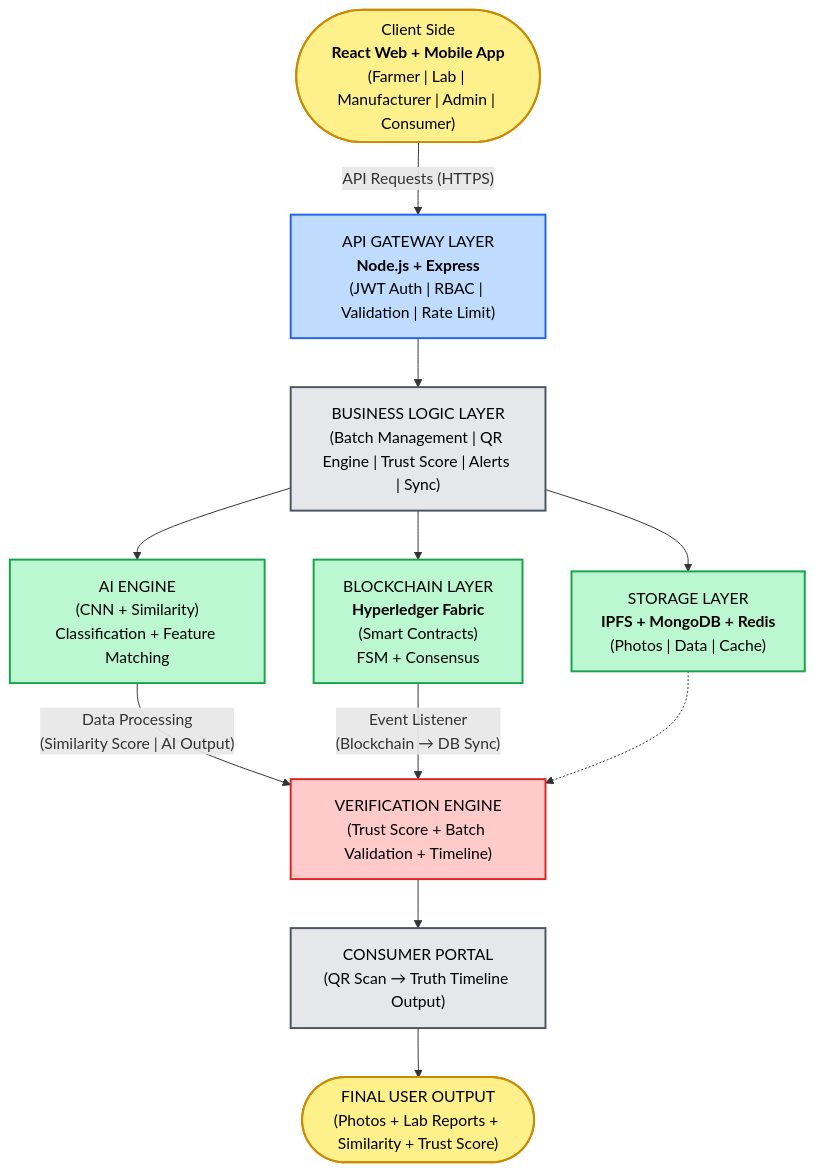
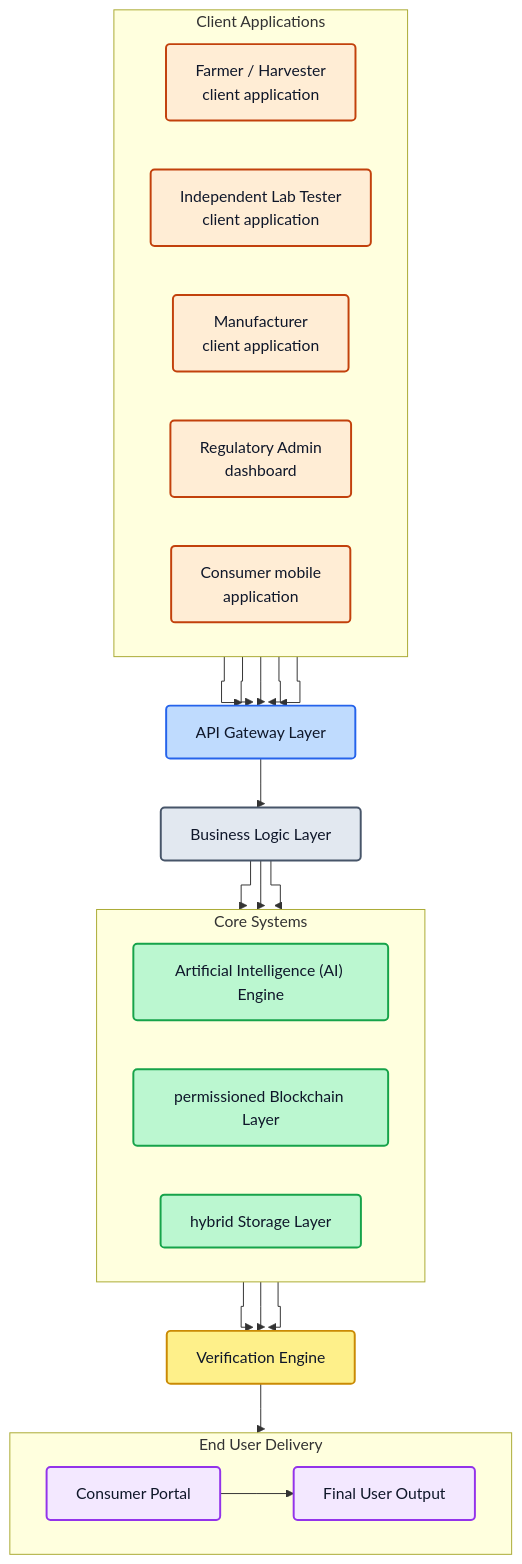
Before and after one commit to Shravanis30/BotaniLedger: the first of 3 diagrams in README.md, drawn with Mermaid.

Commit message:
docs: update system architecture block diagram

````diff
--- a/README.md
+++ b/README.md
@@ -40,43 +40,68 @@
 ```mermaid
 flowchart TD
-    %% Nodes
-    Client(["Client Side<br/><b>React Web + Mobile App</b><br/>(Farmer | Lab | Manufacturer | Admin | Consumer)"])
-    Gateway["API GATEWAY LAYER<br/><b>Node.js + Express</b><br/>(JWT Auth | RBAC | Validation | Rate Limit)"]
-    Business["BUSINESS LOGIC LAYER<br/>(Batch Management | QR Engine | Trust Score | Alerts | Sync)"]
+    %% Block Diagram Routing
+    %%{init: {'flowchart': {'curve': 'stepBefore'}}}%%
+
+    subgraph Clients ["Client Applications"]
+        direction LR
+        Farmer["Farmer / Harvester<br/>client application"]
+        Lab["Independent Lab Tester<br/>client application"]
+        Mfg["Manufacturer<br/>client application"]
+        Admin["Regulatory Admin<br/>dashboard"]
+        Mobile["Consumer mobile<br/>application"]
+    end
+
+    Gateway["API Gateway Layer"]
+    Business["Business Logic Layer"]
+
+    subgraph Core ["Core Systems"]
+        direction LR
+        AI["Artificial Intelligence (AI) Engine"]
+        BC["permissioned Blockchain Layer"]
+        Storage["hybrid Storage Layer"]
+    end
+
+    Verify["Verification Engine"]
     
-    AI["AI ENGINE<br/>(CNN + Similarity)<br/>Classification + Feature Matching"]
-    Blockchain["BLOCKCHAIN LAYER<br/><b>Hyperledger Fabric</b><br/>(Smart Contracts)<br/>FSM + Consensus"]
-    Storage["STORAGE LAYER<br/><b>IPFS + MongoDB + Redis</b><br/>(Photos | Data | Cache)"]
-    
-    Verification["VERIFICATION ENGINE<br/>(Trust Score + Batch Validation + Timeline)"]
-    Consumer["CONSUMER PORTAL<br/>(QR Scan → Truth Timeline Output)"]
-    Output(["FINAL USER OUTPUT<br/>(Photos + Lab Reports + Similarity + Trust Score)"])
+    subgraph OutputLayer ["End User Delivery"]
+        direction LR
+        Portal["Consumer Portal"]
+        FinalOut["Final User Output"]
+    end
 
     %% Connections
-    Client -- "API Requests (HTTPS)" --> Gateway
+    Farmer --> Gateway
+    Lab --> Gateway
+    Mfg --> Gateway
+    Admin --> Gateway
+    Mobile --> Gateway
+
     Gateway --> Business
-    
+
     Business --> AI
-    Business --> Blockchain
+    Business --> BC
     Business --> Storage
-    
-    AI -- "Data Processing<br/>(Similarity Score | AI Output)" --> Verification
-    Blockchain -- "Event Listener<br/>(Blockchain → DB Sync)" --> Verification
-    Storage -.-> Verification
-    
-    Verification --> Consumer
-    Consumer --> Output
+
+    AI --> Verify
+    BC --> Verify
+    Storage --> Verify
+
+    Verify --> Portal
+    Portal --> FinalOut
 
     %% Styling
-    classDef yellowNode fill:#fef08a,stroke:#ca8a04,stroke-width:2px,color:#000;
-    classDef blueNode fill:#bfdbfe,stroke:#2563eb,stroke-width:2px,color:#000;
-    classDef grayNode fill:#e5e7eb,stroke:#4b5563,stroke-width:2px,color:#000;
-    classDef greenNode fill:#bbf7d0,stroke:#16a34a,stroke-width:2px,color:#000;
-    classDef redNode fill:#fecaca,stroke:#dc2626,stroke-width:2px,color:#000;
+    classDef default fill:#f8fafc,stroke:#94a3b8,stroke-width:2px,color:#0f172a,rx:4px,ry:4px;
+    classDef gateway fill:#bfdbfe,stroke:#2563eb,stroke-width:2px;
+    classDef logic fill:#e2e8f0,stroke:#475569,stroke-width:2px;
+    classDef core fill:#bbf7d0,stroke:#16a34a,stroke-width:2px;
+    classDef verify fill:#fef08a,stroke:#ca8a04,stroke-width:2px;
+    classDef client fill:#ffedd5,stroke:#c2410c,stroke-width:2px;
+    classDef delivery fill:#f3e8ff,stroke:#9333ea,stroke-width:2px;
 
-    class Client,Output yellowNode;
-    class Gateway blueNode;
-    class Business,Consumer grayNode;
-    class AI,Blockchain,Storage greenNode;
-    class Verification redNode;
+    class Farmer,Lab,Mfg,Admin,Mobile client;
+    class Gateway gateway;
+    class Business logic;
+    class AI,BC,Storage core;
+    class Verify verify;
+    class Portal,FinalOut delivery;
 ```
````
